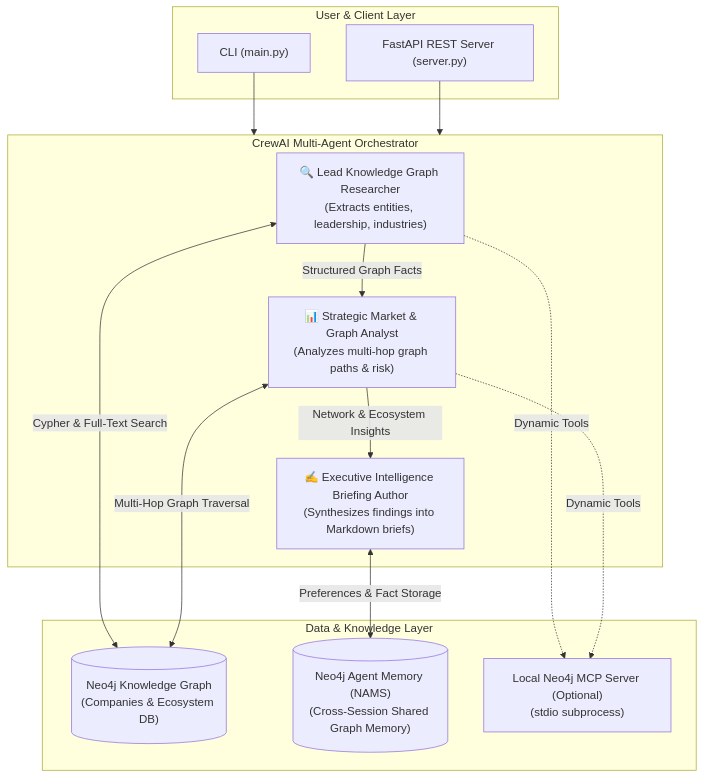
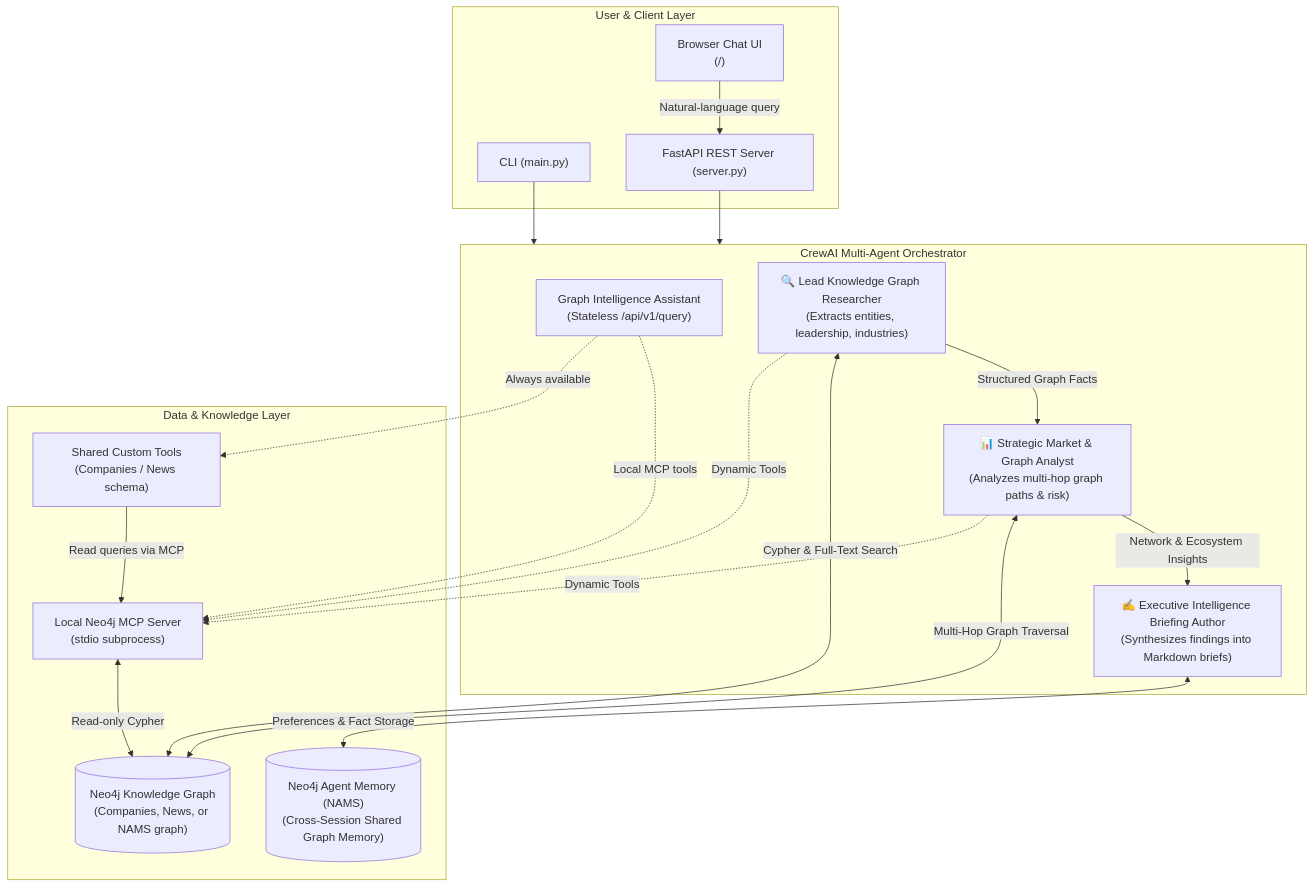
One commit to neo4j-labs/neo4j-agent-integrations changed the first of 3 diagrams in crewai/README.md. Above: the diagram before and after it, drawn with Mermaid. The commit also changed other lines of this file, not shown here.

Commit message:
crewai: update architecture diagrams
Show browser queries and custom tool routing through local MCP.

````diff
--- a/crewai/README.md
+++ b/crewai/README.md
@@ -17,32 +17,40 @@
 ```mermaid
 flowchart TD
     subgraph Client["User & Client Layer"]
+        Browser["Browser Chat UI\n(/)"]
         CLI["CLI (main.py)"]
         API["FastAPI REST Server (server.py)"]
     end
 
     subgraph CrewAI["CrewAI Multi-Agent Orchestrator"]
+        QueryAgent["Graph Intelligence Assistant\n(Stateless /api/v1/query)"]
         Researcher["🔍 Lead Knowledge Graph Researcher\n(Extracts entities, leadership, industries)"]
         Analyst["📊 Strategic Market & Graph Analyst\n(Analyzes multi-hop graph paths & risk)"]
         Writer["✍️ Executive Intelligence Briefing Author\n(Synthesizes findings into Markdown briefs)"]
 
         Researcher -->|Structured Graph Facts| Analyst
         Analyst -->|Network & Ecosystem Insights| Writer
     end
 
     subgraph DataLayer["Data & Knowledge Layer"]
-        Neo4j[("Neo4j Knowledge Graph\n(Companies & Ecosystem DB)")]
+        Neo4j[("Neo4j Knowledge Graph\n(Companies, News, or NAMS graph)")]
         NAMS[("Neo4j Agent Memory (NAMS)\n(Cross-Session Shared Graph Memory)")]
-        MCPServer["Local Neo4j MCP Server (Optional)\n(stdio subprocess)"]
+        MCPServer["Local Neo4j MCP Server\n(stdio subprocess)"]
+        CustomTools["Shared Custom Tools\n(Companies / News schema)"]
     end
 
+    Browser -->|Natural-language query| API
     CLI --> CrewAI
     API --> CrewAI
 
     Researcher <-->|"Cypher & Full-Text Search"| Neo4j
     Analyst <-->|"Multi-Hop Graph Traversal"| Neo4j
     Writer <-->|"Preferences & Fact Storage"| NAMS
 
+    QueryAgent -.->|"Local MCP tools"| MCPServer
+    QueryAgent -.->|"Always available"| CustomTools
+    CustomTools -->|"Read queries via MCP"| MCPServer
+    MCPServer <-->|"Read-only Cypher"| Neo4j
     Researcher -.->|"Dynamic Tools"| MCPServer
     Analyst -.->|"Dynamic Tools"| MCPServer
 ```
````
